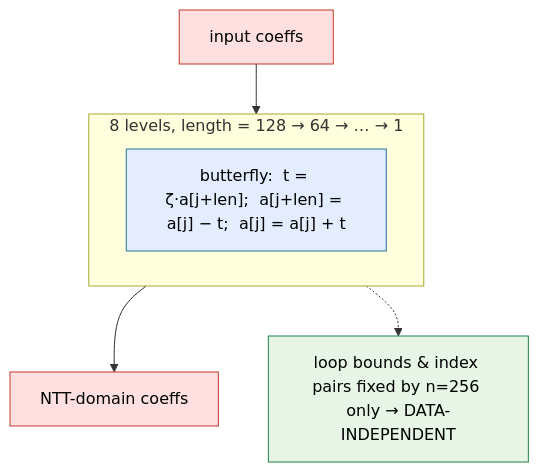
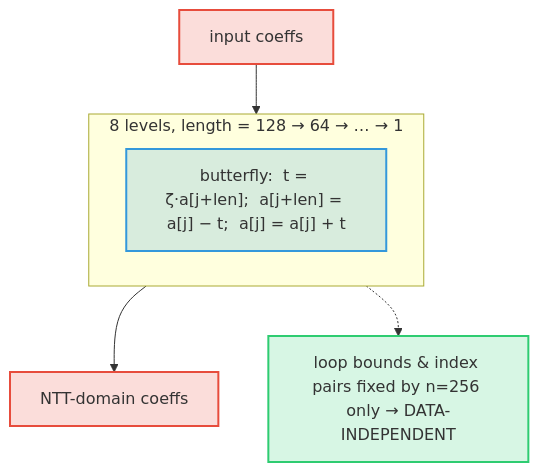
The third of 17 diagrams in docs/reference/41-visual-methods-and-security.md (pq-cybarg/ml-adsa-site), drawn with Mermaid before and after one commit. The commit also changed other lines of this file, not shown here.

First line of the commit message:
docs(41): theme-adaptive Mermaid colors + 2x2 legend grid

````diff
--- a/docs/reference/41-visual-methods-and-security.md
+++ b/docs/reference/41-visual-methods-and-security.md
@@ -69,12 +74,12 @@
 ```mermaid
 flowchart TD
   subgraph L["8 levels, length = 128 → 64 → … → 1"]
     bf["butterfly:  t = ζ·a[j+len];  a[j+len] = a[j] − t;  a[j] = a[j] + t"]:::derived
   end
   in["input coeffs"]:::secret --> L --> out["NTT-domain coeffs"]:::secret
   note["loop bounds & index pairs fixed by n=256 only → DATA-INDEPENDENT"]:::public
   L -.-> note
-  classDef secret fill:#ffe0e0,stroke:#c0392b,color:#000;
-  classDef derived fill:#e3edff,stroke:#2471a3,color:#000;
-  classDef public fill:#e6f5e6,stroke:#1e8449,color:#000;
+  classDef secret fill:#e74c3c30,stroke:#e74c3c,stroke-width:2px;
+  classDef derived fill:#3498db30,stroke:#3498db,stroke-width:2px;
+  classDef public fill:#2ecc7130,stroke:#2ecc71,stroke-width:2px;
 ```
````
